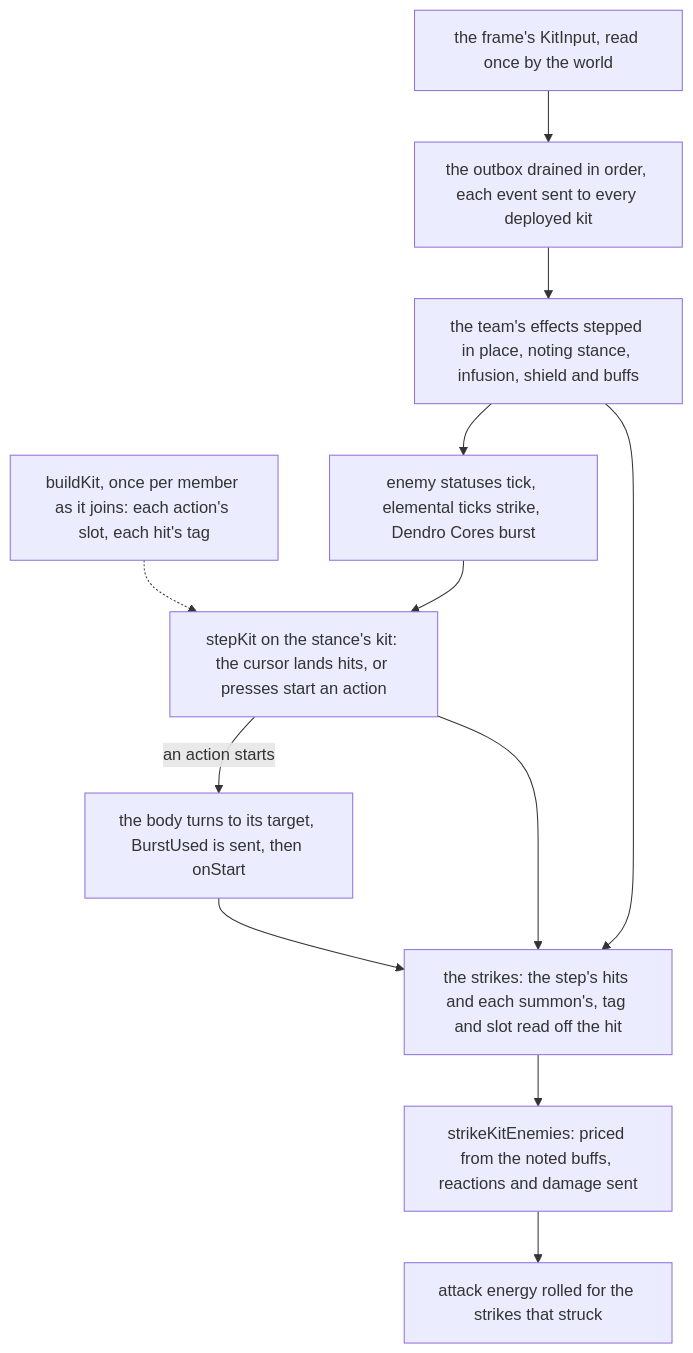
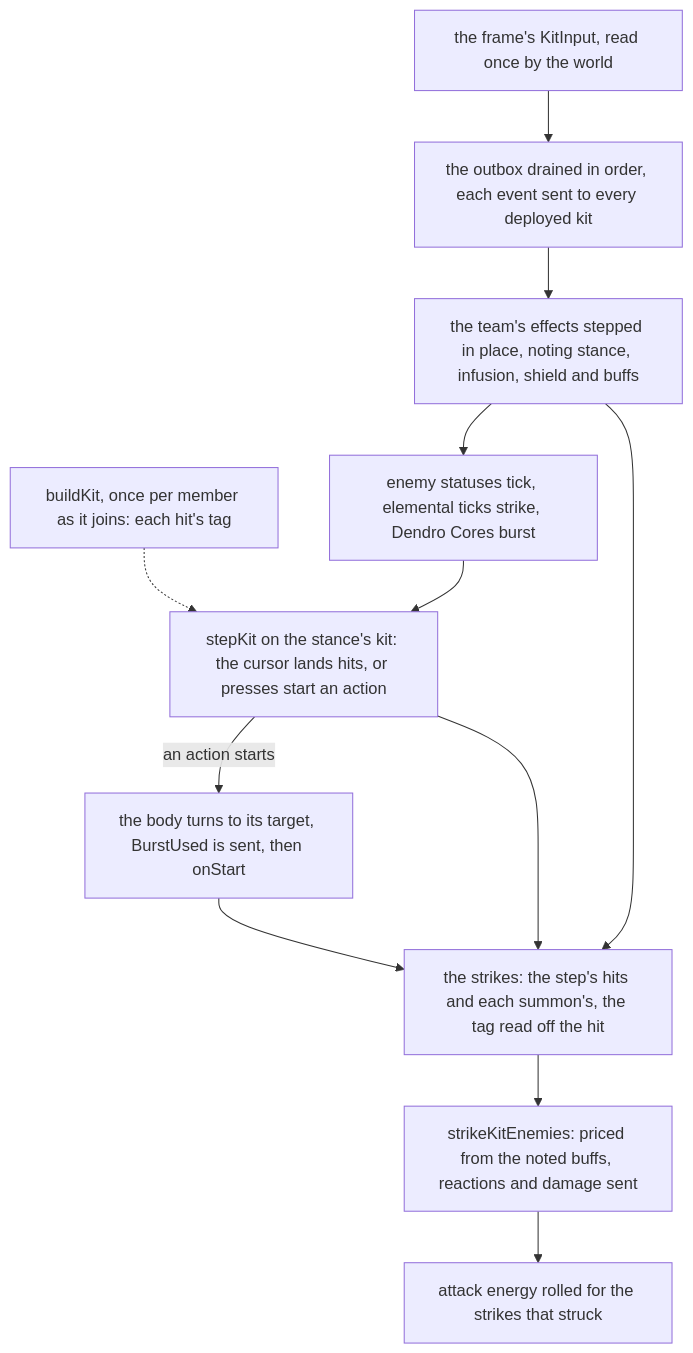
The second of 2 diagrams in apps/web/content/docs/proposals/genshin/kit-framework.md (Esposter/Esposter), drawn with Mermaid before and after one commit. The commit also changed other lines of this file and 30 other files, not shown here.

````diff
--- a/apps/web/content/docs/proposals/genshin/kit-framework.md
+++ b/apps/web/content/docs/proposals/genshin/kit-framework.md
@@ -301,15 +300,15 @@
 ```mermaid
 flowchart TD
-  BUILD["buildKit, once per member as it joins: each action's slot, each hit's tag"]
+  BUILD["buildKit, once per member as it joins: each hit's tag"]
   IN["the frame's KitInput, read once by the world"] --> DRAIN["the outbox drained in order, each event sent to every deployed kit"]
   DRAIN --> EFFECTS["the team's effects stepped in place, noting stance, infusion, shield and buffs"]
   EFFECTS --> ENEMIES["enemy statuses tick, elemental ticks strike, Dendro Cores burst"]
   ENEMIES --> STEP["stepKit on the stance's kit: the cursor lands hits, or presses start an action"]
   BUILD -.-> STEP
   STEP -->|"an action starts"| START["the body turns to its target, BurstUsed is sent, then onStart"]
-  STEP --> STRIKES["the strikes: the step's hits and each summon's, tag and slot read off the hit"]
+  STEP --> STRIKES["the strikes: the step's hits and each summon's, the tag read off the hit"]
   EFFECTS --> STRIKES
   START --> STRIKES
   STRIKES --> PRICE["strikeKitEnemies: priced from the noted buffs, reactions and damage sent"]
   PRICE --> ENERGY["attack energy rolled for the strikes that struck"]
 ```
````
